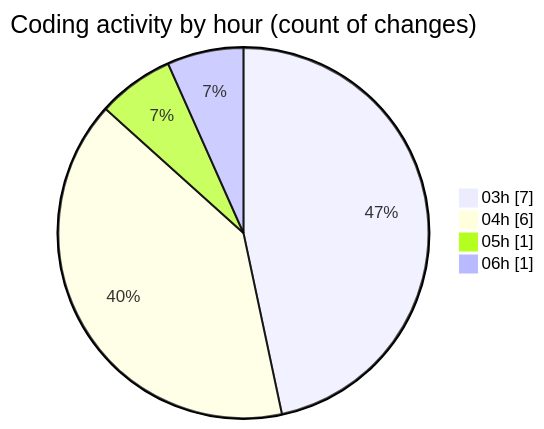
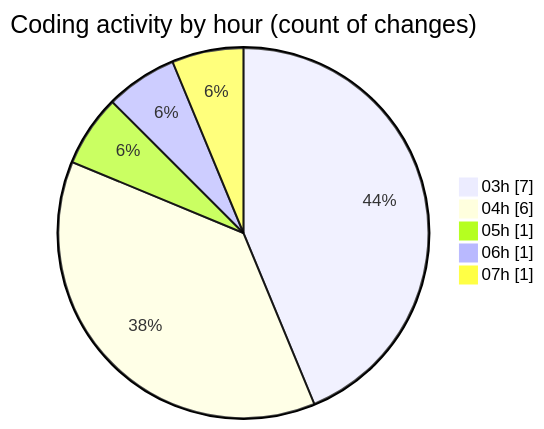
One commit to FelipKnott/code-tracking changed the second of 2 diagrams in 2025-07-02/cursor/README.md. Above: the diagram before and after it, drawn with Mermaid. The commit also changed other lines of this file and 1 other file, not shown here.

````diff
--- a/2025-07-02/cursor/README.md
+++ b/2025-07-02/cursor/README.md
@@ -30,8 +30,9 @@
 ```mermaid
 pie showData
 title Coding activity by hour (count of changes)
 "03h" : 7
 "04h" : 6
 "05h" : 1
 "06h" : 1
+"07h" : 1
 ```
````
